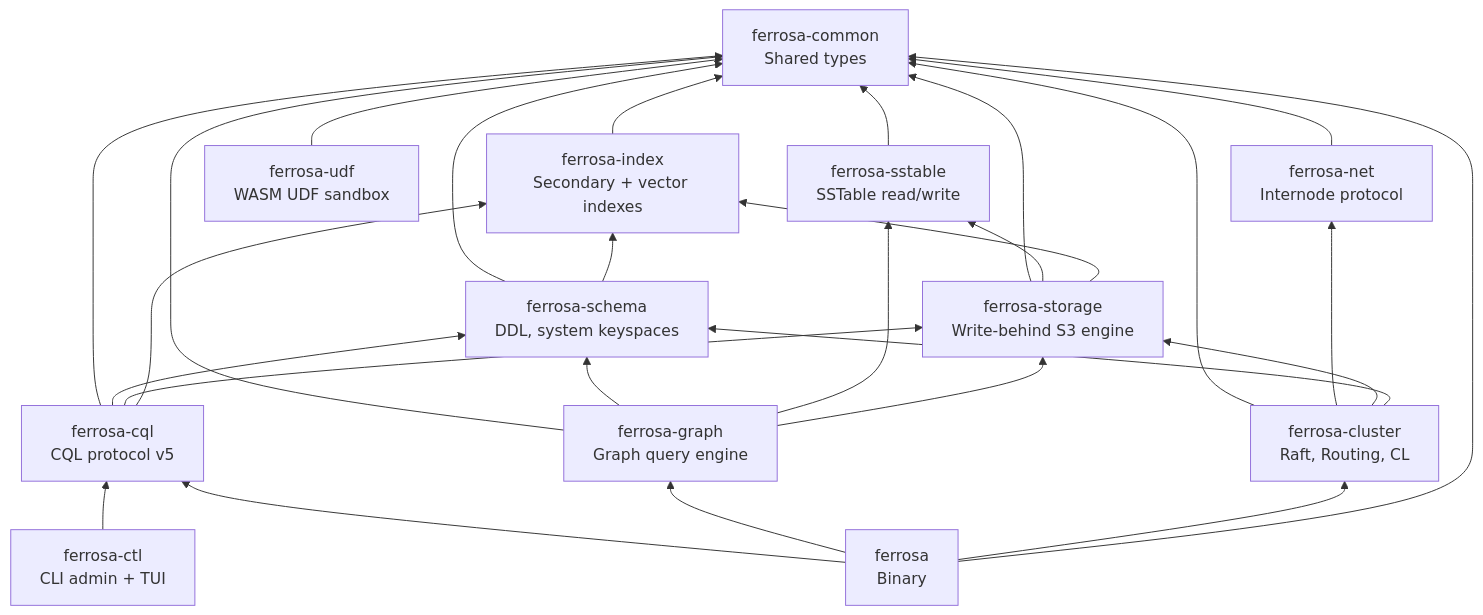
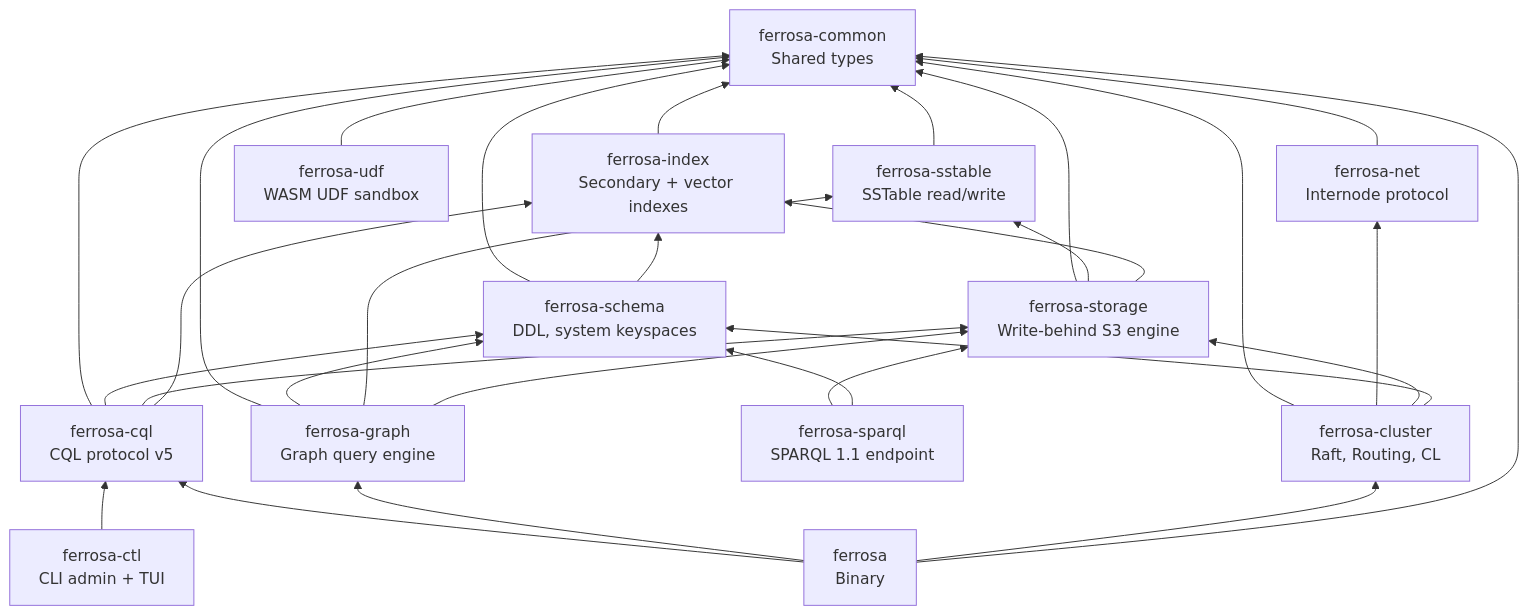
Before and after one commit to ferrosadb/ferrosa: the first of 2 diagrams in specs/components.md, drawn with Mermaid. The commit also changed other lines of this file and 2 other files, not shown here.

First line of the commit message:
docs: update architecture specs for SPARQL, CQL v5, P0 fixes

````diff
--- a/specs/components.md
+++ b/specs/components.md
@@ -12,42 +12,45 @@
 ```mermaid
 graph BT
     Common[ferrosa-common<br/>Shared types]
     SST[ferrosa-sstable<br/>SSTable read/write]
     Index[ferrosa-index<br/>Secondary + vector indexes]
     UDF[ferrosa-udf<br/>WASM UDF sandbox]
     Net[ferrosa-net<br/>Internode protocol]
     Storage[ferrosa-storage<br/>Write-behind S3 engine]
     Schema[ferrosa-schema<br/>DDL, system keyspaces]
     CQL[ferrosa-cql<br/>CQL protocol v5]
     Graph[ferrosa-graph<br/>Graph query engine]
+    SPARQL[ferrosa-sparql<br/>SPARQL 1.1 endpoint]
     Cluster[ferrosa-cluster<br/>Raft, Routing, CL]
     Ctl[ferrosa-ctl<br/>CLI admin + TUI]
     Bin[ferrosa<br/>Binary]
 
     SST --> Common
     Index --> Common
     UDF --> Common
     Net --> Common
     Storage --> Common
     Storage --> SST
     Storage --> Index
     Schema --> Common
     Schema --> Index
     CQL --> Common
     CQL --> Schema
     CQL --> Storage
     CQL --> Index
     Graph --> Common
     Graph --> Schema
+    SPARQL --> Storage
+    SPARQL --> Schema
     Graph --> SST
     Graph --> Storage
     Cluster --> Common
     Cluster --> Net
     Cluster --> Storage
     Cluster --> Schema
     Ctl --> CQL
     Bin --> CQL
     Bin --> Graph
     Bin --> Cluster
     Bin --> Common
 ```
````
